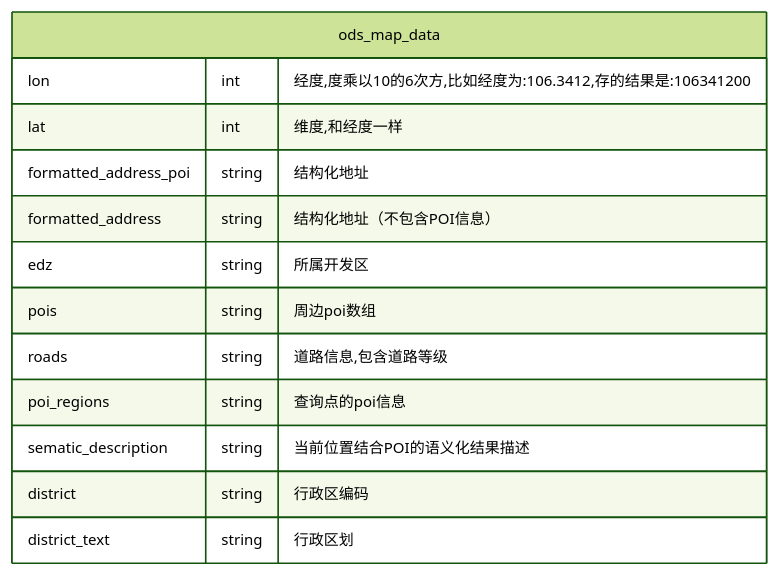
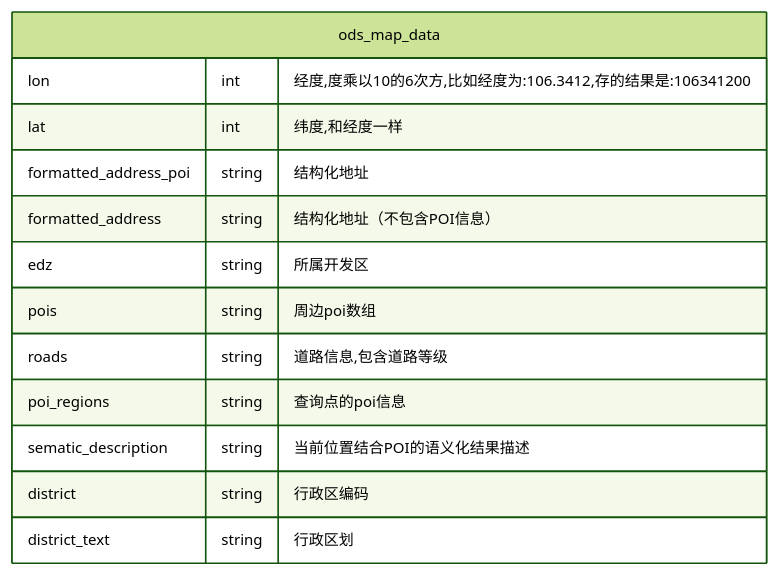
The third of 3 diagrams in tqbb/Map.md (luoyh/obsidian-sync), drawn with Mermaid before and after one commit. The commit also changed other lines of this file, not shown here.

Commit message:
vault backup: 2024-10-08 14:43:40

````diff
--- a/tqbb/Map.md
+++ b/tqbb/Map.md
@@ -85,33 +85,33 @@
 ```mermaid
 %%{
     init: {
         'theme': 'forest', 
         'themeVariables': { 
             'fontSize': '12px', 
             'fontFamily': 'Consolas',  
             'primaryColor': '#BB2528', 
             'primaryTextColor': '#fff', 
             'primaryBorderColor': '#7C0000', 
             'lineColor': '#F8B229', 
             'secondaryColor': '#006100', 
             'tertiaryColor': '#fff'
         }
     }
 }%%
 
 erDiagram
     ods_map_data {
         lon int "经度,度乘以10的6次方,比如经度为:106.3412,存的结果是:106341200"
-        lat int "维度,和经度一样"
+        lat int "纬度,和经度一样"
         formatted_address_poi string "结构化地址"
         formatted_address string "结构化地址（不包含POI信息）"
         edz string "所属开发区"
         pois string "周边poi数组"
         roads string "道路信息,包含道路等级"
         poi_regions string "查询点的poi信息"
         sematic_description string "当前位置结合POI的语义化结果描述"
         district string "行政区编码"
         district_text string "行政区划"
     }    
     
 ```
````
